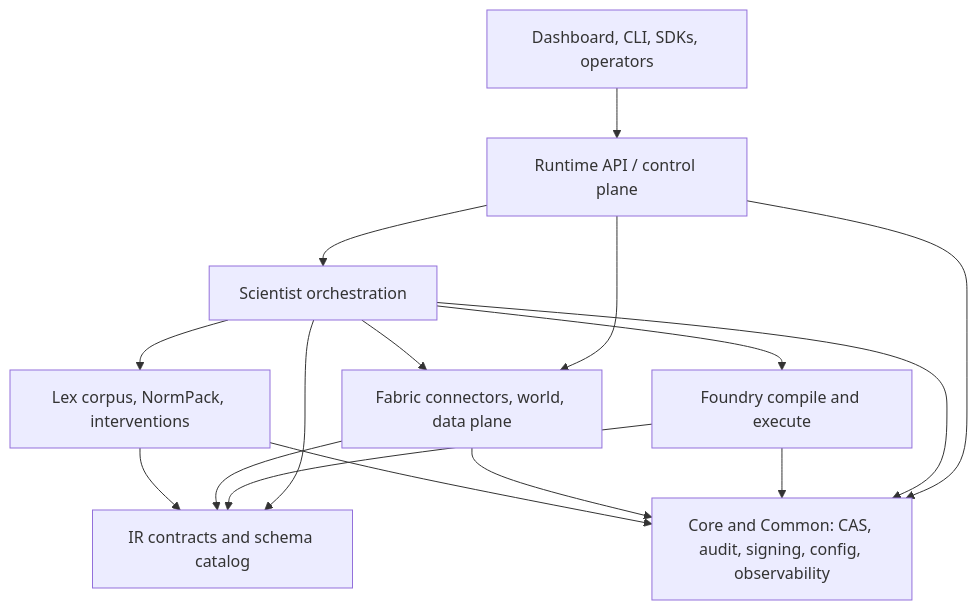
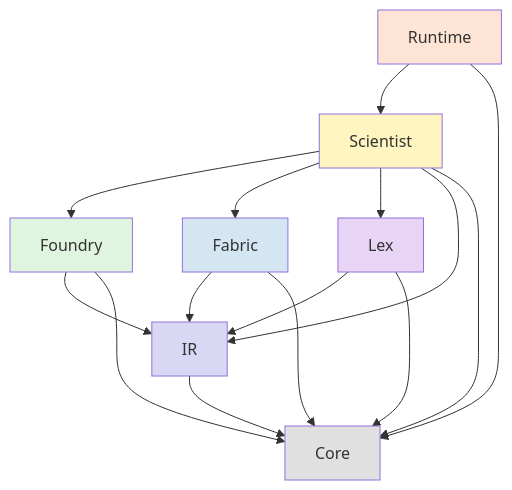
The third of 20 diagrams in policy-engine/docs/explanation/architecture.md (DenisKopylov/polisyos), drawn with Mermaid before and after one commit. The commit also changed other lines of this file and 1 other file, not shown here.

Commit message:
docs: expand architecture map and gateway fallback

````diff
--- a/policy-engine/docs/explanation/architecture.md
+++ b/policy-engine/docs/explanation/architecture.md
@@ -15,27 +503,25 @@
 ```mermaid
 flowchart TB
-    Clients["Dashboard, CLI, SDKs, operators"]
-    Runtime["Runtime API / control plane"]
-    Scientist["Scientist orchestration"]
-    Foundry["Foundry compile and execute"]
-    Fabric["Fabric connectors, world, data plane"]
-    Lex["Lex corpus, NormPack, interventions"]
-    IR["IR contracts and schema catalog"]
-    Core["Core and Common: CAS, audit, signing, config, observability"]
-
-    Clients --> Runtime
     Runtime --> Scientist
-    Runtime --> Fabric
     Runtime --> Core
     Scientist --> Foundry
     Scientist --> Fabric
     Scientist --> Lex
     Scientist --> IR
     Scientist --> Core
     Foundry --> IR
     Foundry --> Core
     Fabric --> IR
     Fabric --> Core
     Lex --> IR
     Lex --> Core
+    IR --> Core
+
+    style Runtime fill:#fde4d4
+    style Scientist fill:#fff5c0
+    style Foundry fill:#dff5e0
+    style Fabric fill:#d4e6f1
+    style Lex fill:#e8d4f5
+    style IR fill:#d8d8f5
+    style Core fill:#e0e0e0
 ```
````
